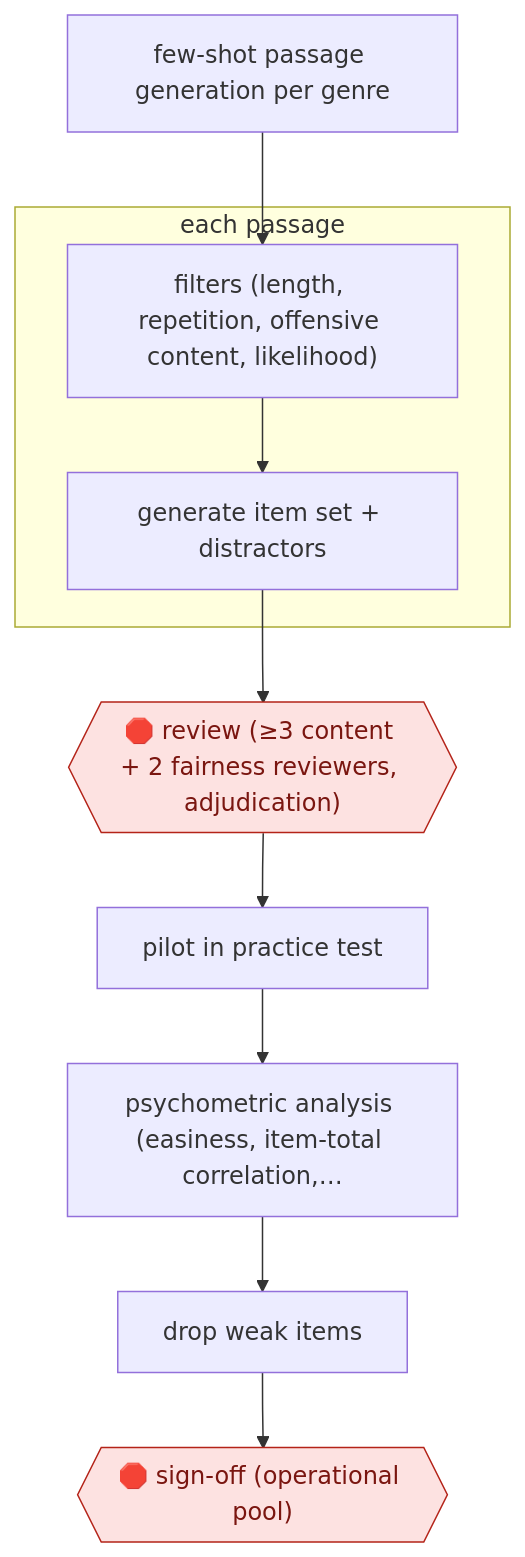
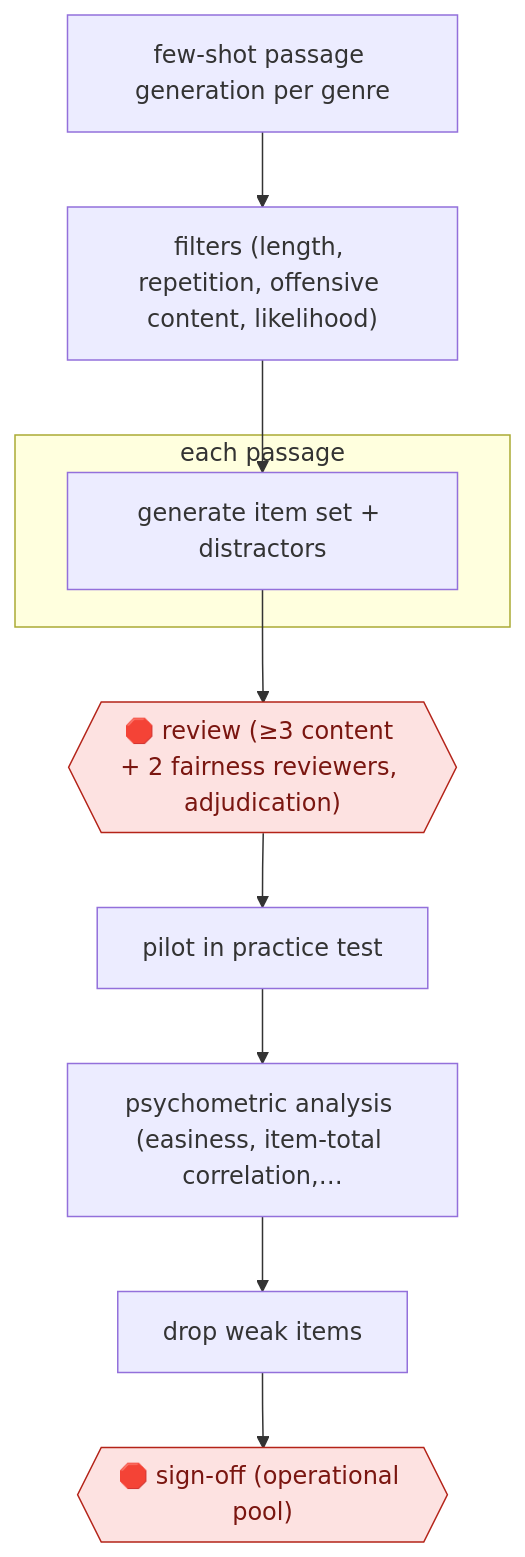
One commit to milesradford99/agent-workflow-atlas changed the diagram in workflows/PRO/EDU/ASSESS/generated-item-bank/README.md. Above: the diagram before and after it, drawn with Mermaid. The commit also changed other lines of this file and 171 other files, not shown here.

````diff
--- a/workflows/PRO/EDU/ASSESS/generated-item-bank/README.md
+++ b/workflows/PRO/EDU/ASSESS/generated-item-bank/README.md
@@ -31,21 +31,21 @@
 ```mermaid
 flowchart TD
   n1["few-shot passage generation per genre"]
   n2["filters (length, repetition, offensive content, likelihood)"]
-  n1 --> n2
   subgraph s3["each passage"]
   n4["generate item set + distractors"]
-  n2 --> n4
   end
   n5{{"🛑 review (≥3 content + 2 fairness reviewers, adjudication)"}}:::stop
+  n6["pilot in practice test"]
+  n7["psychometric analysis (easiness, item-total correlation,…"]
+  n8["drop weak items"]
+  n9{{"🛑 sign-off (operational pool)"}}:::stop
+  n1 --> n2
+  n2 --> n4
   n4 --> n5
-  n6["pilot in practice test"]
   n5 --> n6
-  n7["psychometric analysis (easiness, item-total correlation,…"]
   n6 --> n7
-  n8["drop weak items"]
   n7 --> n8
-  n9{{"🛑 sign-off (operational pool)"}}:::stop
   n8 --> n9
   classDef stop fill:#fde2e1,stroke:#b42318,color:#7a1610
 ```
````
